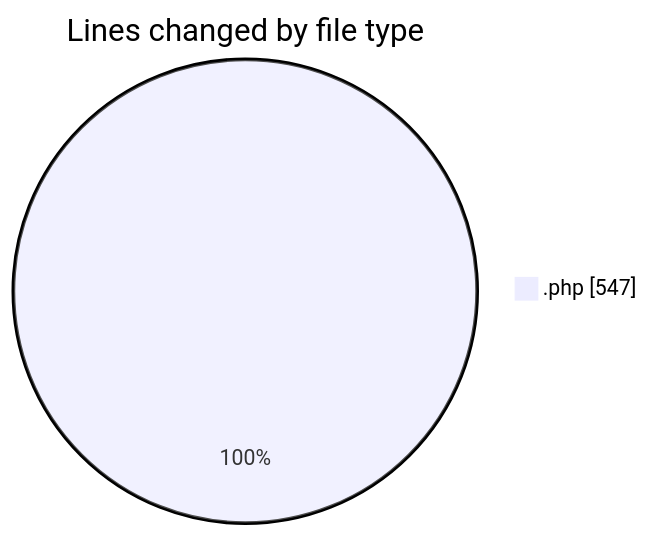
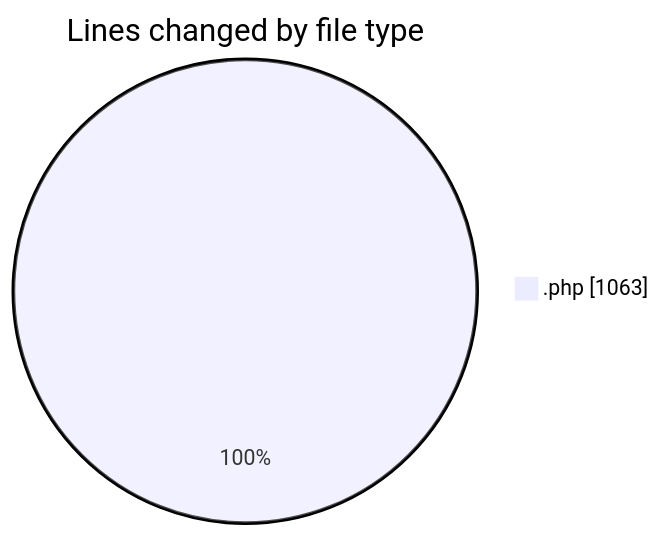
The first of 2 diagrams in 2025-07-02/web/README.md (LanceThiago/code-tracking), drawn with Mermaid before and after one commit. The commit also changed other lines of this file and 1 other file, not shown here.

````diff
--- a/2025-07-02/web/README.md
+++ b/2025-07-02/web/README.md
@@ -20,5 +26,5 @@
 ```mermaid
 pie showData
 title Lines changed by file type
-".php" : 547
+".php" : 1063
 ```
````
